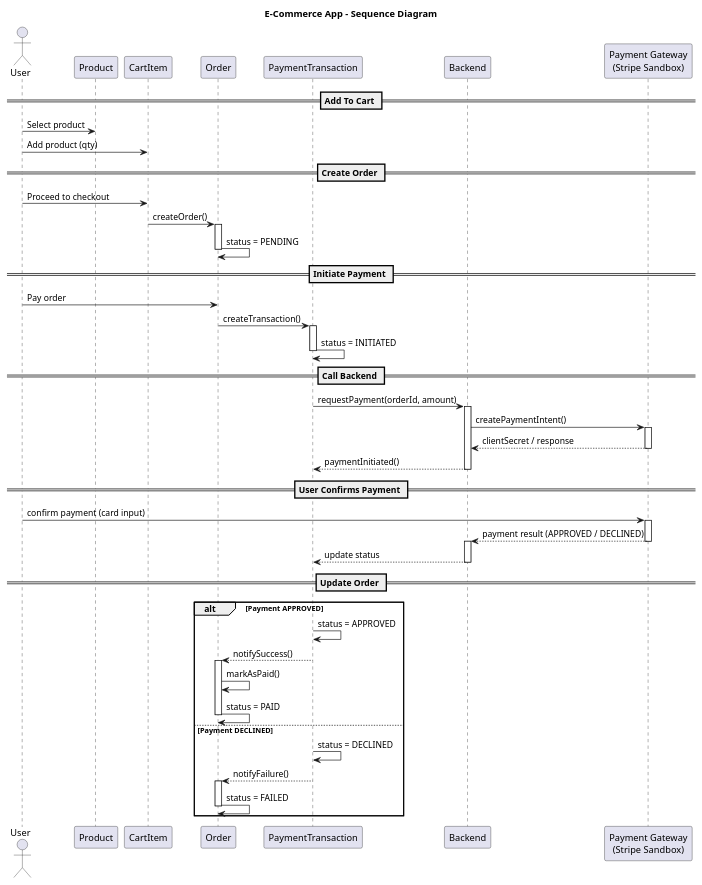
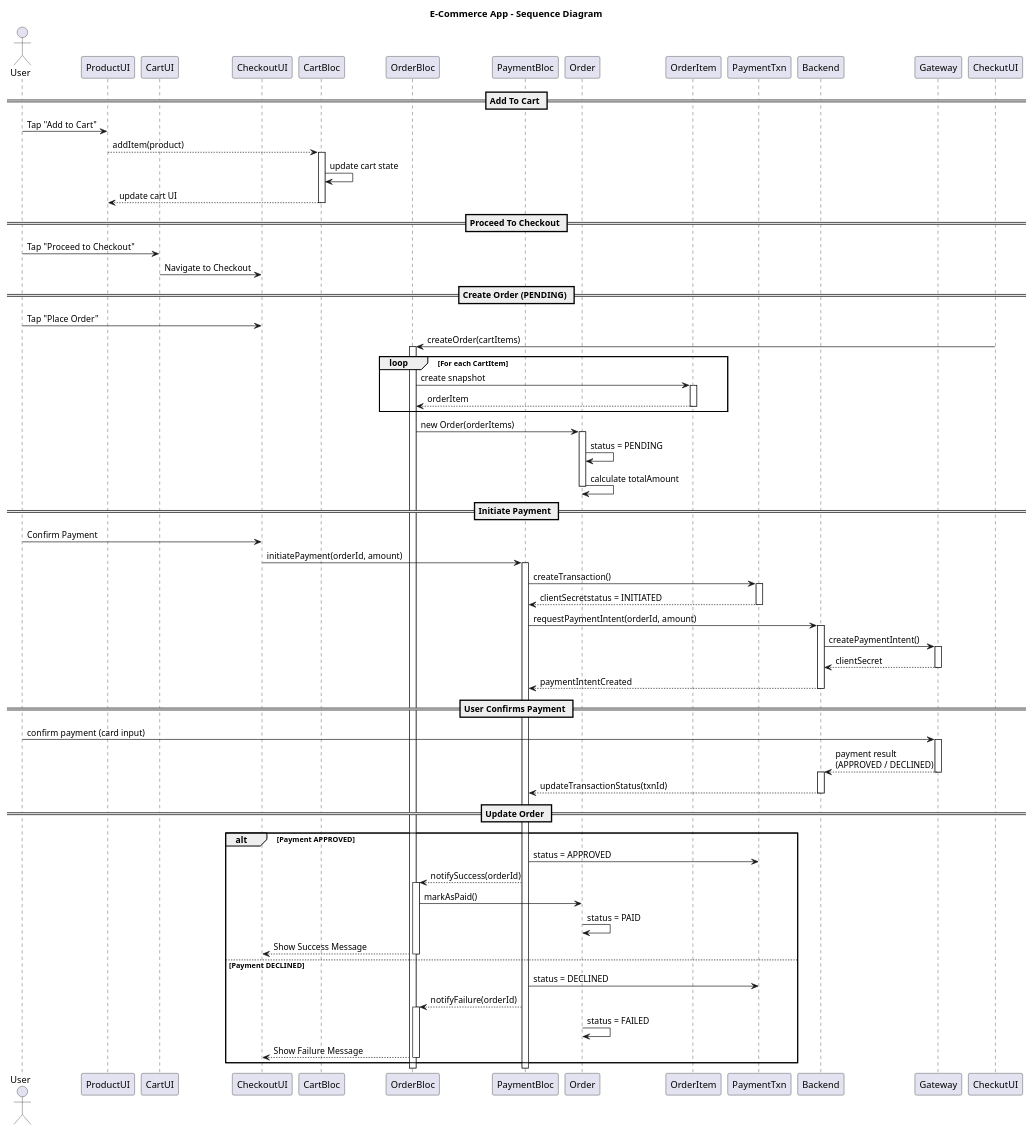
The diagram in docs/ecomm_sequence_diagram.puml (jcleong24/ShopeSphere), drawn with PlantUML before and after one commit.

Commit message:
readjustment on sequence diagram

```diff
--- a/docs/ecomm_sequence_diagram.puml
+++ b/docs/ecomm_sequence_diagram.puml
@@ -1,74 +1,104 @@
 @startuml ecommerce_sequence_diagram
 title E-Commerce App - Sequence Diagram
 
 actor User
-participant Product
-participant CartItem
+
+participant ProductUI
+participant CartUI
+participant CheckoutUI
+
+participant CartBloc
+participant OrderBloc
+participant PaymentBloc
+
 participant Order
-participant PaymentTransaction
+participant OrderItem
+participant PaymentTxn
+
 participant Backend
-participant "Payment Gateway\n(Stripe Sandbox)" as Gateway
+participant Gateway
 
 == Add To Cart ==
+User -> ProductUI : Tap "Add to Cart"
+ProductUI --> CartBloc : addItem(product)
+activate CartBloc
+CartBloc -> CartBloc : update cart state
+CartBloc --> ProductUI : update cart UI
+deactivate CartBloc
 
-User -> Product : Select product
-User -> CartItem : Add product (qty)
+== Proceed To Checkout ==
+User -> CartUI : Tap "Proceed to Checkout"
+CartUI -> CheckoutUI : Navigate to Checkout
 
-== Create Order ==
 
-User -> CartItem : Proceed to checkout
-CartItem -> Order : createOrder()
+== Create Order (PENDING) ==
+User -> CheckoutUI : Tap "Place Order"
+CheckutUI -> OrderBloc : createOrder(cartItems)
+activate OrderBloc
+
+loop For each CartItem
+    OrderBloc -> OrderItem : create snapshot
+    activate OrderItem
+    OrderItem --> OrderBloc : orderItem
+    deactivate OrderItem
+end
+
+OrderBloc -> Order : new Order(orderItems)
 activate Order
 Order -> Order : status = PENDING
+Order -> Order : calculate totalAmount
 deactivate Order
 
 == Initiate Payment ==
 
-User -> Order : Pay order
-Order -> PaymentTransaction : createTransaction()
-activate PaymentTransaction
-PaymentTransaction -> PaymentTransaction : status = INITIATED
-deactivate PaymentTransaction
+User -> CheckoutUI : Confirm Payment
+CheckoutUI -> PaymentBloc : initiatePayment(orderId, amount)
+activate PaymentBloc
 
-== Call Backend ==
+PaymentBloc -> PaymentTxn : createTransaction()
+activate PaymentTxn
+PaymentTxn --> PaymentBloc : clientSecretstatus = INITIATED
+deactivate PaymentTxn
 
-PaymentTransaction -> Backend : requestPayment(orderId, amount)
+PaymentBloc -> Backend : requestPaymentIntent(orderId, amount)
 activate Backend
-
 Backend -> Gateway : createPaymentIntent()
 activate Gateway
-Gateway --> Backend : clientSecret / response
+Gateway --> Backend : clientSecret
 deactivate Gateway
 
-Backend --> PaymentTransaction : paymentInitiated()
+Backend --> PaymentBloc : paymentIntentCreated
 deactivate Backend
 
 == User Confirms Payment ==
 
 User -> Gateway : confirm payment (card input)
 activate Gateway
-Gateway --> Backend : payment result (APPROVED / DECLINED)
+Gateway --> Backend : payment result\n(APPROVED / DECLINED)
 deactivate Gateway
 
 activate Backend
-Backend --> PaymentTransaction : update status
+Backend --> PaymentBloc : updateTransactionStatus(txnId)
 deactivate Backend
 
 == Update Order ==
 
 alt Payment APPROVED
-    PaymentTransaction -> PaymentTransaction : status = APPROVED
-    PaymentTransaction --> Order : notifySuccess()
-    activate Order
-    Order -> Order : markAsPaid()
+    PaymentBloc -> PaymentTxn : status = APPROVED
+    PaymentBloc --> OrderBloc : notifySuccess(orderId)
+    activate OrderBloc
+    OrderBloc -> Order : markAsPaid()
     Order -> Order : status = PAID
-    deactivate Order
+    OrderBloc --> CheckoutUI : Show Success Message
+    deactivate OrderBloc
+
 else Payment DECLINED
-    PaymentTransaction -> PaymentTransaction : status = DECLINED
-    PaymentTransaction --> Order : notifyFailure()
-    activate Order
+    PaymentBloc -> PaymentTxn : status = DECLINED
+    PaymentBloc --> OrderBloc : notifyFailure(orderId)
+    activate OrderBloc
     Order -> Order : status = FAILED
-    deactivate Order
+    OrderBloc --> CheckoutUI : Show Failure Message
+    deactivate OrderBloc
 end
 
 @enduml
```
